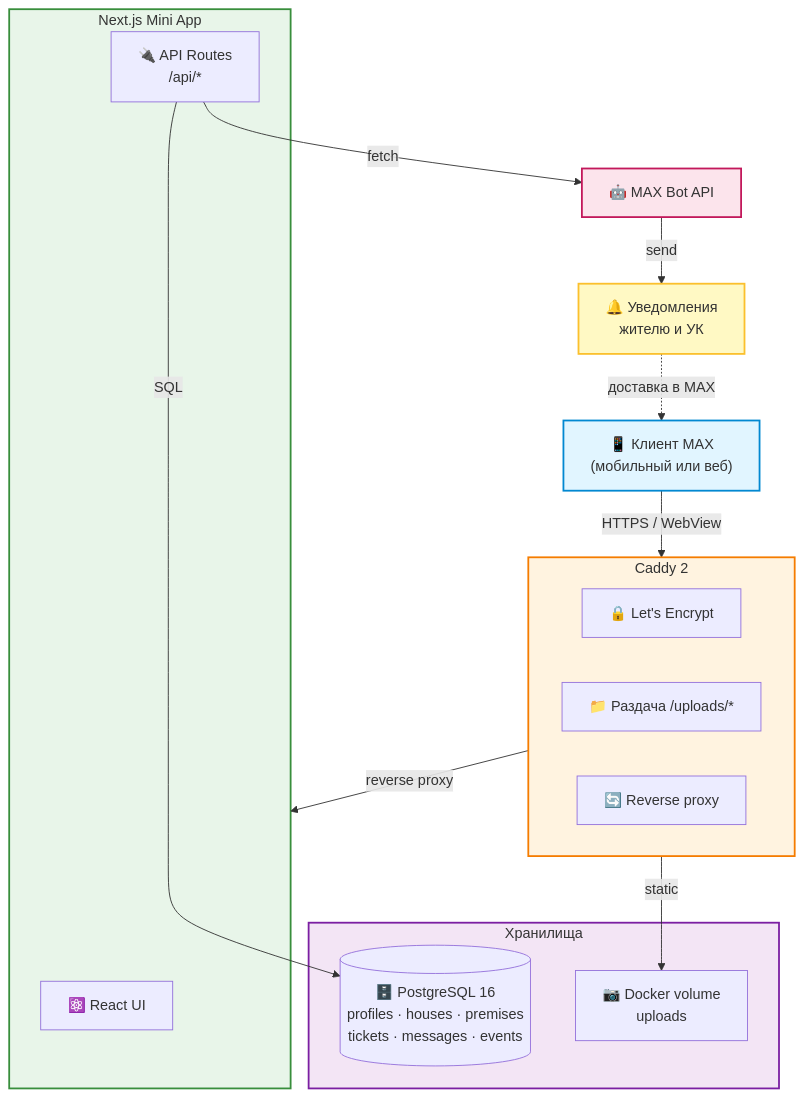
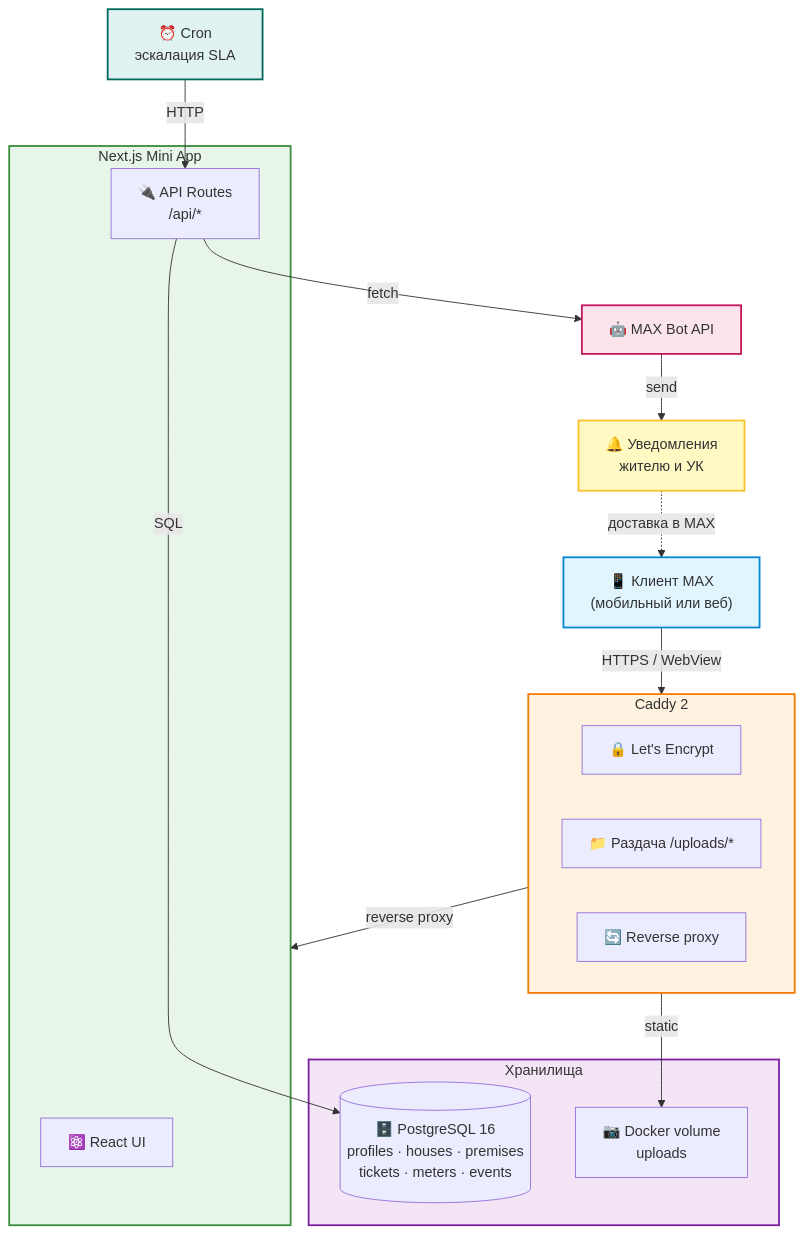
The first of 5 diagrams in README.md (SergeyKrivoshchapov/maxhackathon), drawn with Mermaid before and after one commit. The commit also changed other lines of this file and 5 other files, not shown here.

````diff
--- a/README.md
+++ b/README.md
@@ -84,38 +89,41 @@
 ```mermaid
 flowchart TB
     Client["📱 Клиент MAX<br/>(мобильный или веб)"]
 
     subgraph Proxy["Caddy 2"]
         SSL["🔒 Let's Encrypt"]
         Static["📁 Раздача /uploads/*"]
         Reverse["🔄 Reverse proxy"]
     end
 
     subgraph App["Next.js Mini App"]
         ReactUI["⚛️ React UI"]
         APIRoutes["🔌 API Routes<br/>/api/*"]
     end
 
     subgraph Data["Хранилища"]
-        PG[("🗄️ PostgreSQL 16<br/>profiles · houses · premises<br/>tickets · messages · events")]
+        PG[("🗄️ PostgreSQL 16<br/>profiles · houses · premises<br/>tickets · meters · events")]
         Files["📷 Docker volume<br/>uploads"]
     end
 
     Bot["🤖 MAX Bot API"]
     Notify["🔔 Уведомления<br/>жителю и УК"]
+    Cron["⏰ Cron<br/>эскалация SLA"]
 
     Client -->|HTTPS / WebView| Proxy
     Proxy -->|reverse proxy| App
     Proxy -->|static| Files
     APIRoutes -->|SQL| PG
     APIRoutes -->|fetch| Bot
     Bot -->|send| Notify
     Notify -.->|доставка в MAX| Client
+    Cron -->|HTTP| APIRoutes
 
     style Client fill:#e1f5ff,stroke:#0288d1,stroke-width:2px
     style Proxy fill:#fff3e0,stroke:#f57c00,stroke-width:2px
     style App fill:#e8f5e9,stroke:#388e3c,stroke-width:2px
     style Data fill:#f3e5f5,stroke:#7b1fa2,stroke-width:2px
     style Bot fill:#fce4ec,stroke:#c2185b,stroke-width:2px
     style Notify fill:#fff9c4,stroke:#fbc02d,stroke-width:2px
+    style Cron fill:#e0f2f1,stroke:#00695c,stroke-width:2px
 ```
````
